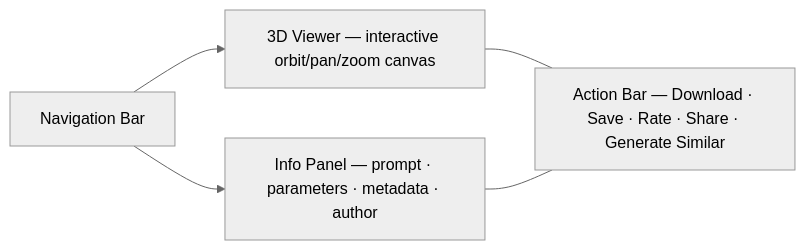
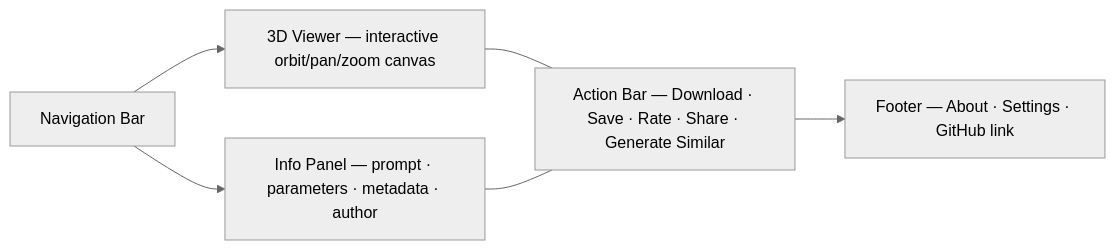
Before and after one commit to nsheaps/farish: the diagram in docs/pages/model-detail/SPEC.md, drawn with Mermaid (neutral theme). The commit also changed other lines of this file and 30 other files, not shown here.

````diff
--- a/docs/pages/model-detail/SPEC.md
+++ b/docs/pages/model-detail/SPEC.md
@@ -42,11 +42,13 @@
 ```mermaid
 flowchart LR
     Nav[Navigation Bar]
     Viewer[3D Viewer — interactive orbit/pan/zoom canvas]
     Info[Info Panel — prompt · parameters · metadata · author]
     Actions[Action Bar — Download · Save · Rate · Share · Generate Similar]
     Nav --> Viewer
     Nav --> Info
+    Footer[Footer — About · Settings · GitHub link]
     Viewer --- Actions
     Info --- Actions
+    Actions --> Footer
 ```
````
